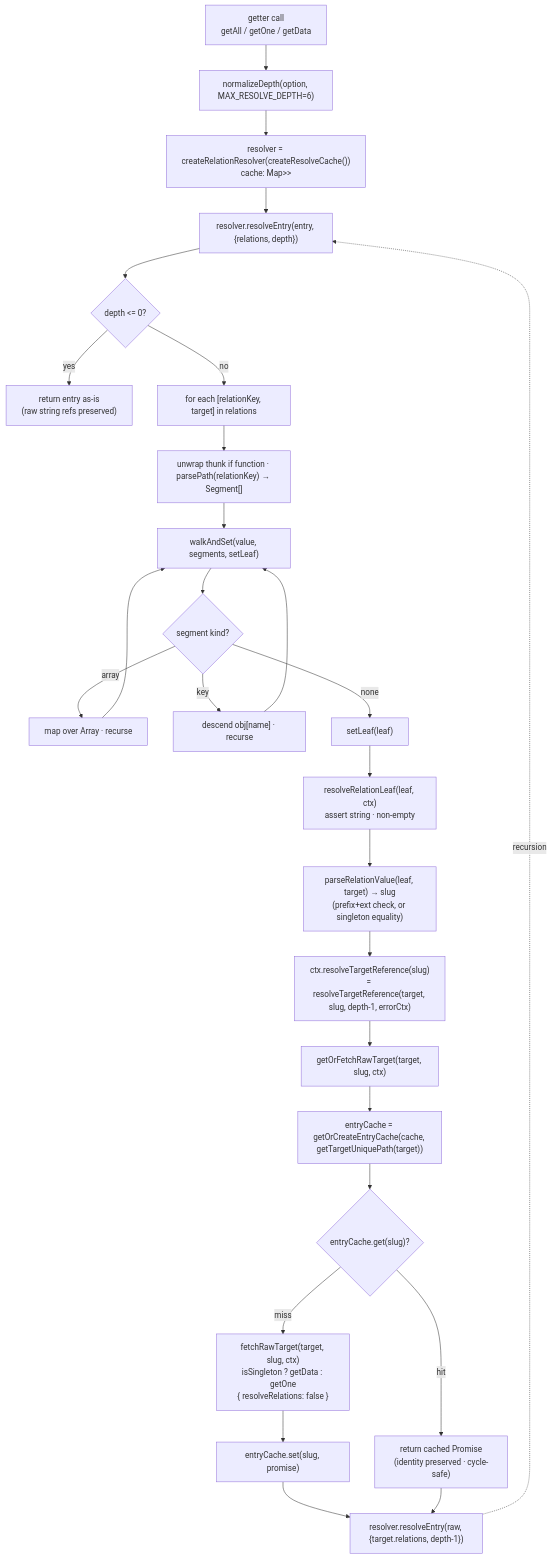
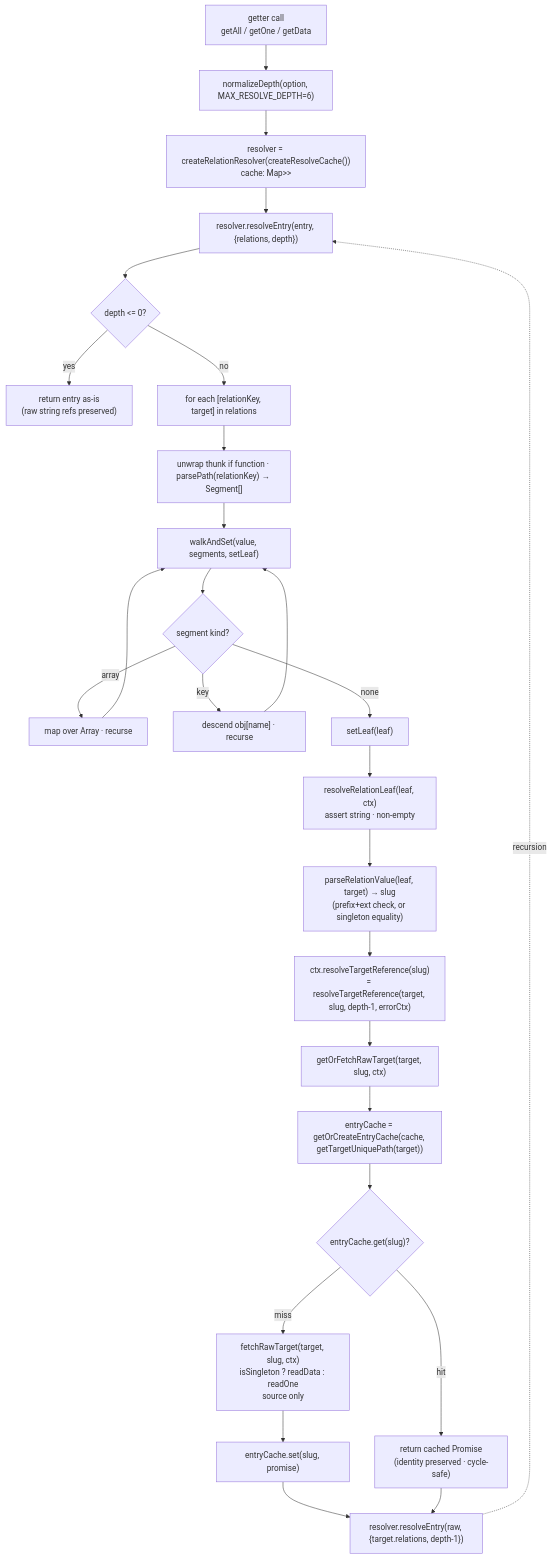
One commit to CharlyMartin/qino changed the first of 2 diagrams in specs/05-relationships.md. Above: the diagram before and after it, drawn with Mermaid. The commit also changed other lines of this file and 54 other files, not shown here.

````diff
--- a/specs/05-relationships.md
+++ b/specs/05-relationships.md
@@ -116,29 +119,29 @@
 ```mermaid
 flowchart TD
     A["getter call<br/>getAll / getOne / getData"] --> B["normalizeDepth(option, MAX_RESOLVE_DEPTH=6)"]
     B --> C["resolver = createRelationResolver(createResolveCache())<br/>cache: Map<targetPath, Map<slug, Promise<AnyEntry>>>"]
     C --> E["resolver.resolveEntry(entry, {relations, depth})"]
     E --> E0{"depth <= 0?"}
     E0 -- yes --> Z["return entry as-is<br/>(raw string refs preserved)"]
     E0 -- no --> F["for each [relationKey, target] in relations"]
     F --> G["unwrap thunk if function · parsePath(relationKey) → Segment[]"]
     G --> I["walkAndSet(value, segments, setLeaf)"]
     I --> J{"segment kind?"}
     J -- array --> K["map over Array<T> · recurse"]
     J -- key --> L["descend obj[name] · recurse"]
     J -- none --> M["setLeaf(leaf)"]
     K --> I
     L --> I
     M --> N["resolveRelationLeaf(leaf, ctx)<br/>assert string · non-empty"]
     N --> O["parseRelationValue(leaf, target) → slug<br/>(prefix+ext check, or singleton equality)"]
     O --> P["ctx.resolveTargetReference(slug)<br/>= resolveTargetReference(target, slug, depth-1, errorCtx)"]
     P --> Q["getOrFetchRawTarget(target, slug, ctx)"]
     Q --> Q1["entryCache = getOrCreateEntryCache(cache, getTargetUniquePath(target))"]
     Q1 --> Q2{"entryCache.get(slug)?"}
     Q2 -- hit --> R["return cached Promise<AnyEntry><br/>(identity preserved · cycle-safe)"]
-    Q2 -- miss --> S["fetchRawTarget(target, slug, ctx)<br/>isSingleton ? getData : getOne<br/>{ resolveRelations: false }"]
+    Q2 -- miss --> S["fetchRawTarget(target, slug, ctx)<br/>isSingleton ? readData : readOne<br/>source only"]
     S --> T["entryCache.set(slug, promise)"]
     T --> U["resolver.resolveEntry(raw, {target.relations, depth-1})"]
     R --> U
     U -. recursion .-> E
 ```
````
